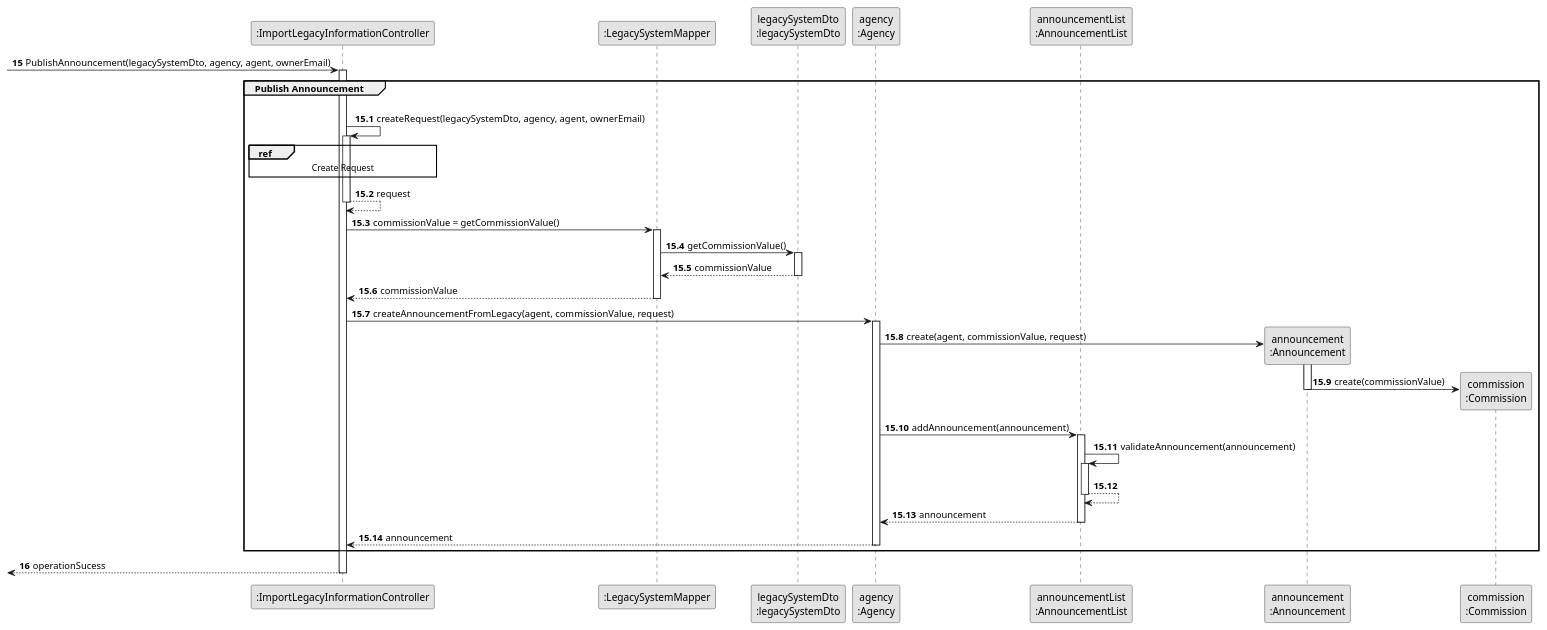
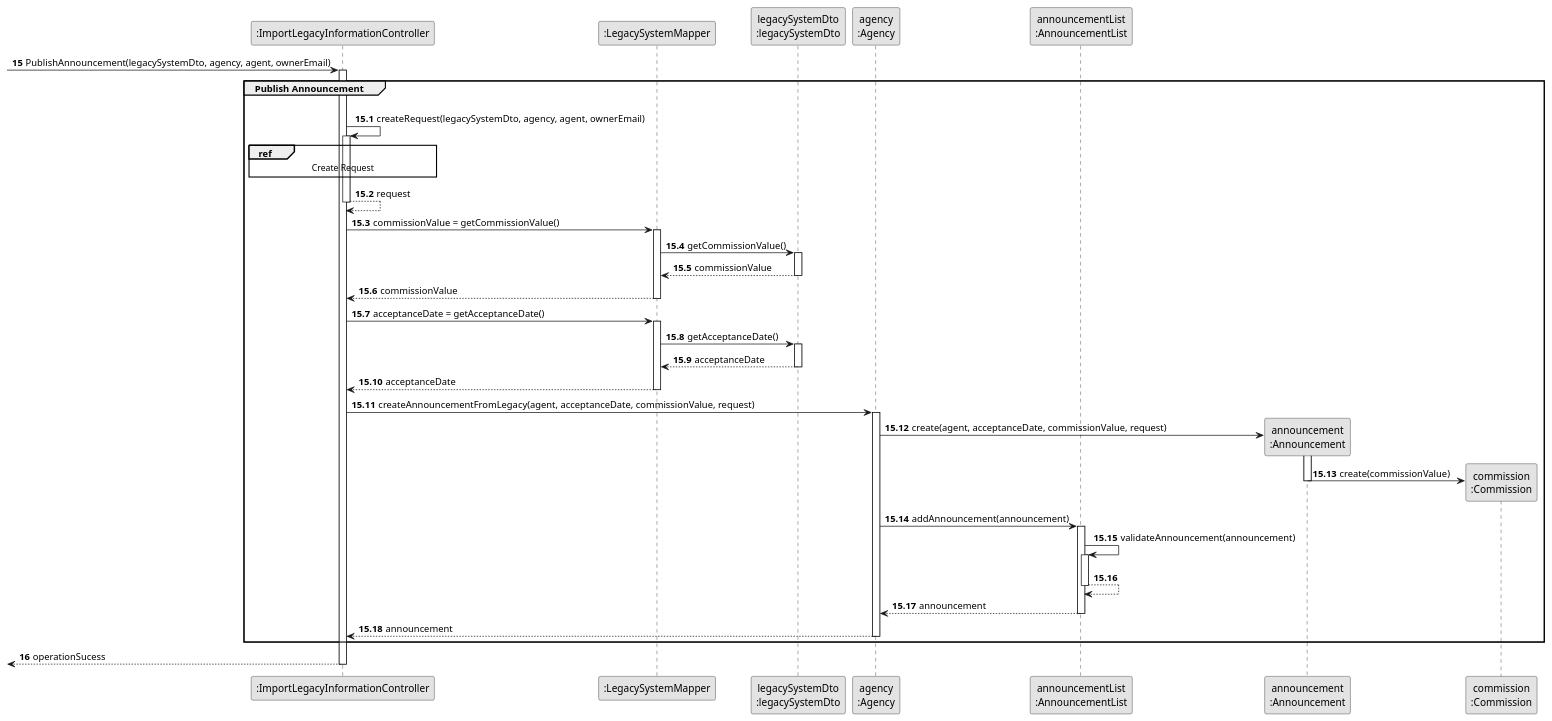
The diagram in docs/sprintC/us012/03.design/puml/us012-sequence-diagram-partial-publish-announcement.puml (rita-barbosa/LAPR2-2223), drawn with PlantUML before and after one commit.

Commit message:
Publish Announcement partial SD update [US012] [Design]

```diff
--- a/docs/sprintC/us012/03.design/puml/us012-sequence-diagram-partial-publish-announcement.puml
+++ b/docs/sprintC/us012/03.design/puml/us012-sequence-diagram-partial-publish-announcement.puml
@@ -1,78 +1,91 @@
 @startuml
 skinparam monochrome true
 skinparam packageStyle rectangle
 skinparam shANNOUNCEowing false\
 
 participant ":ImportLegacyInformationController" as CTRL
 participant ":LegacySystemMapper" as MAPPER
 participant "legacySystemDto\n:legacySystemDto" as DTO
 participant "agency\n:Agency" as AGENCY
 participant "announcementList\n:AnnouncementList" as LIST
 participant "announcement\n:Announcement" as ANNOUNCE
 participant "commission\n:Commission" as COMMISSION
 
     'MUDAR O AUTONUMBER
 
     autonumber 15
 
      -> CTRL : PublishAnnouncement(legacySystemDto, agency, agent, ownerEmail)
     activate CTRL
 
     autonumber 15.1
 
     group Publish Announcement
 
     |||
     CTRL -> CTRL : createRequest(legacySystemDto, agency, agent, ownerEmail)
     activate CTRL
 
     ref over CTRL
         Create Request
     end ref
 
         CTRL --> CTRL : request
     deactivate CTRL
 
     CTRL -> MAPPER : commissionValue = getCommissionValue()
     activate MAPPER
 
         MAPPER -> DTO : getCommissionValue()
         activate DTO
 
             DTO --> MAPPER : commissionValue
         deactivate DTO
 
         MAPPER --> CTRL : commissionValue
     deactivate MAPPER
 
-    CTRL -> AGENCY : createAnnouncementFromLegacy(agent, commissionValue, request)
+    CTRL -> MAPPER : acceptanceDate = getAcceptanceDate()
+    activate MAPPER
+
+        MAPPER -> DTO : getAcceptanceDate()
+        activate DTO
+
+            DTO --> MAPPER : acceptanceDate
+        deactivate DTO
+
+        MAPPER --> CTRL : acceptanceDate
+    deactivate MAPPER
+
+
+    CTRL -> AGENCY : createAnnouncementFromLegacy(agent, acceptanceDate, commissionValue, request)
     activate AGENCY
 
-        AGENCY -> ANNOUNCE**: create(agent, commissionValue, request)
+        AGENCY -> ANNOUNCE**: create(agent, acceptanceDate, commissionValue, request)
         activate ANNOUNCE
 
         ANNOUNCE -> COMMISSION** : create(commissionValue)
      deactivate ANNOUNCE
 
     AGENCY -> LIST: addAnnouncement(announcement)
     activate LIST
 
         LIST -> LIST: validateAnnouncement(announcement)
         activate LIST
             LIST --> LIST
         deactivate LIST
 
         LIST --> AGENCY : announcement
     deactivate LIST
 
         AGENCY --> CTRL : announcement
     deactivate  AGENCY
 
     end group
 
 autonumber 16
 
     <-- CTRL : operationSucess
     deactivate CTRL
 
 @enduml
```
